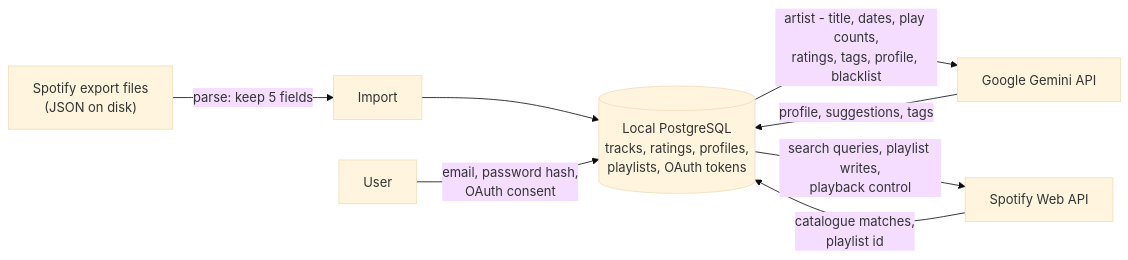
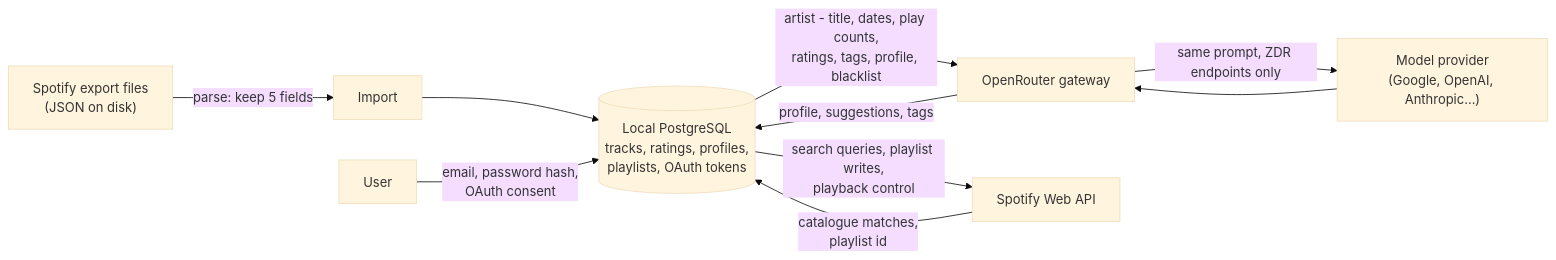
The diagram in docs/technical/privacy-and-data.md (ychab/museflow), drawn with Mermaid (base theme) before and after one commit. The commit also changed other lines of this file and 18 other files, not shown here.

First line of the commit message:
docs: document the OpenRouter gateway

````diff
--- a/docs/technical/privacy-and-data.md
+++ b/docs/technical/privacy-and-data.md
@@ -5,10 +5,12 @@
 ```mermaid
 flowchart LR
     EXP["Spotify export files<br/>(JSON on disk)"] -->|"parse: keep 5 fields"| IMP["Import"]
     IMP --> DB[("Local PostgreSQL<br/>tracks, ratings, profiles,<br/>playlists, OAuth tokens")]
-    DB -->|"artist - title, dates, play counts,<br/>ratings, tags, profile, blacklist"| GEM["Google Gemini API"]
-    GEM -->|"profile, suggestions, tags"| DB
+    DB -->|"artist - title, dates, play counts,<br/>ratings, tags, profile, blacklist"| ORT["OpenRouter gateway"]
+    ORT -->|"same prompt, ZDR endpoints only"| LLM["Model provider<br/>(Google, OpenAI, Anthropic...)"]
+    LLM --> ORT
+    ORT -->|"profile, suggestions, tags"| DB
     DB -->|"search queries, playlist writes,<br/>playback control"| SPO["Spotify Web API"]
     SPO -->|"catalogue matches,<br/>playlist id"| DB
     U["User"] -->|"email, password hash,<br/>OAuth consent"| DB
 ```
````
